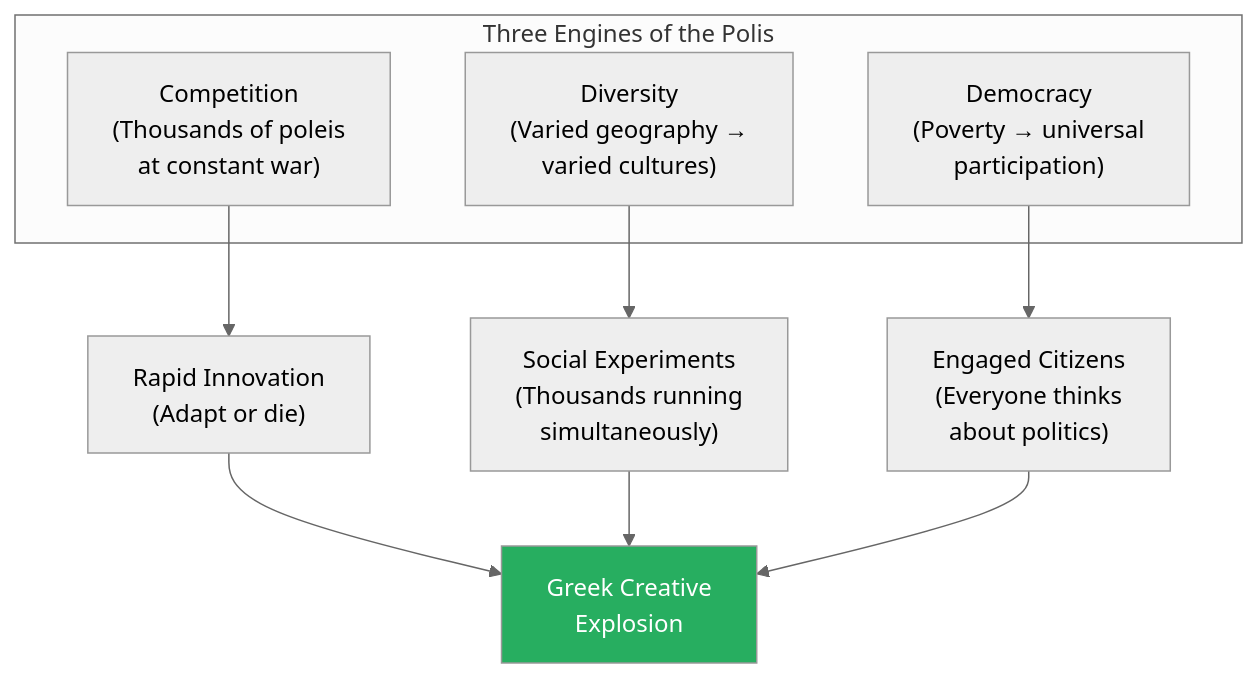
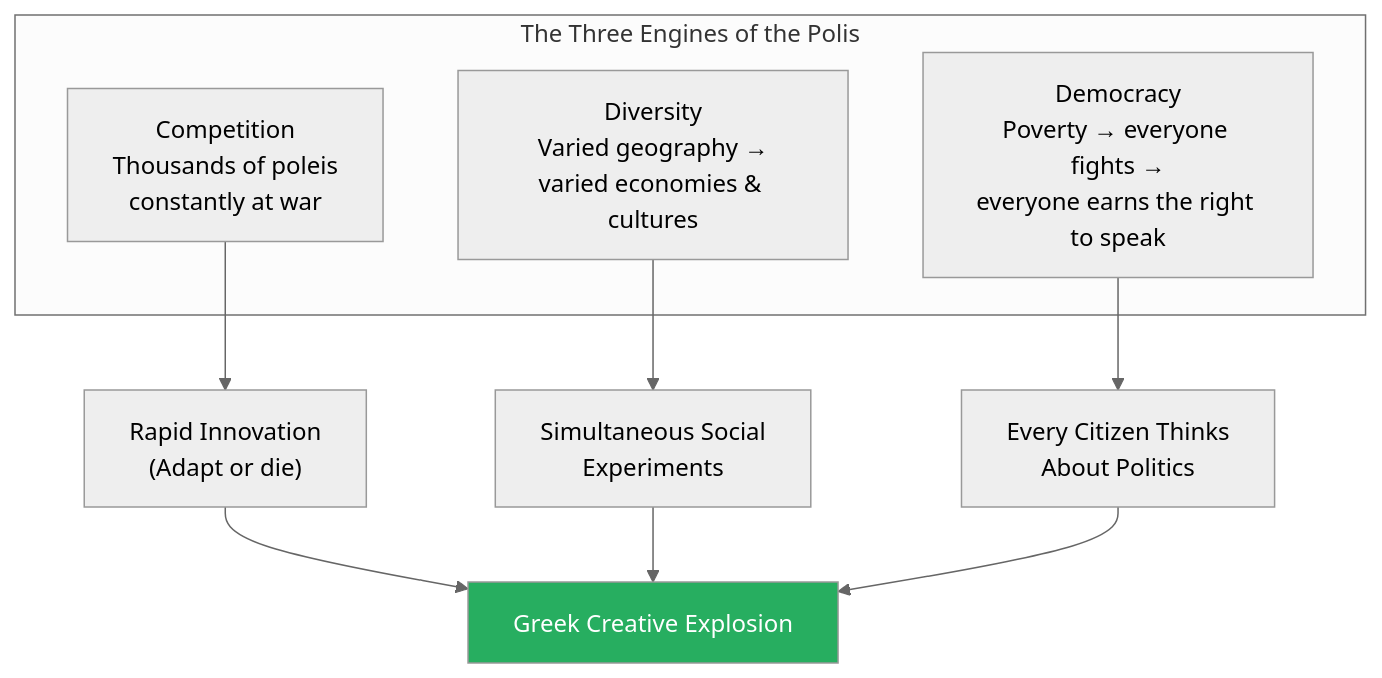
Before and after one commit to alius33/reader: the second of 7 diagrams in summaries/Lectures/Civilization/07 - Homer's Iliad and the Birth of Greek Civilization.md, drawn with Mermaid (neutral theme). The commit also changed other lines of this file and 26 other files, not shown here.

````diff
--- a/summaries/Lectures/Civilization/07 - Homer's Iliad and the Birth of Greek Civilization.md
+++ b/summaries/Lectures/Civilization/07 - Homer's Iliad and the Birth of Greek Civilization.md
@@ -159,15 +97,15 @@
 ```mermaid
 flowchart TB
-    subgraph Polis["Three Engines of the Polis"]
-        COMP["Competition<br/>(Thousands of poleis<br/>at constant war)"]
-        DIV["Diversity<br/>(Varied geography →<br/>varied cultures)"]
-        DEM["Democracy<br/>(Poverty → universal<br/>participation)"]
+    subgraph Polis["The Three Engines of the Polis"]
+        COMP["Competition<br/>Thousands of poleis<br/>constantly at war"]
+        DIV["Diversity<br/>Varied geography →<br/>varied economies & cultures"]
+        DEM["Democracy<br/>Poverty → everyone fights →<br/>everyone earns the right to speak"]
     end
     COMP --> INN["Rapid Innovation<br/>(Adapt or die)"]
-    DIV --> EXP["Social Experiments<br/>(Thousands running<br/>simultaneously)"]
-    DEM --> CIT["Engaged Citizens<br/>(Everyone thinks<br/>about politics)"]
-    INN --> GC["Greek Creative<br/>Explosion"]
+    DIV --> EXP["Simultaneous Social<br/>Experiments"]
+    DEM --> CIT["Every Citizen Thinks<br/>About Politics"]
+    INN --> GC["Greek Creative Explosion"]
     EXP --> GC
     CIT --> GC
     style GC fill:#27ae60,color:#fff
 ```
````
